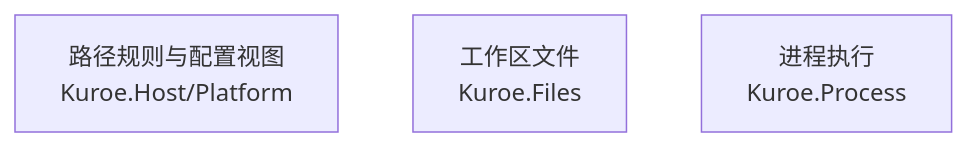
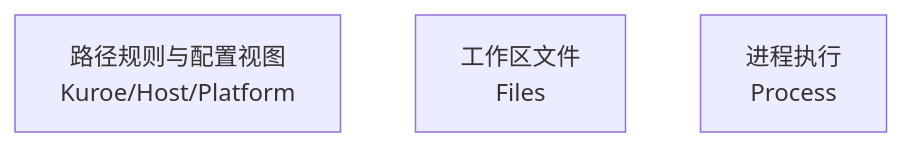
Before and after one commit to DrMelt/Kuroe: the diagram in docs/dev/architecture/functional-boundary/platform/index.md, drawn with Mermaid. The commit also changed other lines of this file and 1355 other files, not shown here.

Commit message:
源项目按产品与通用分组，产品项目归入 Kuroe/，通用库改名 Files 与 Process

````diff
--- a/docs/dev/architecture/functional-boundary/platform/index.md
+++ b/docs/dev/architecture/functional-boundary/platform/index.md
@@ -5,6 +5,6 @@
 ```mermaid
 flowchart TD
-    Platform["路径规则与配置视图<br>Kuroe.Host/Platform"]
-    Files["工作区文件<br>Kuroe.Files"]
-    Process["进程执行<br>Kuroe.Process"]
+    Platform["路径规则与配置视图<br>Kuroe/Host/Platform"]
+    Files["工作区文件<br>Files"]
+    Process["进程执行<br>Process"]
 ```
````
